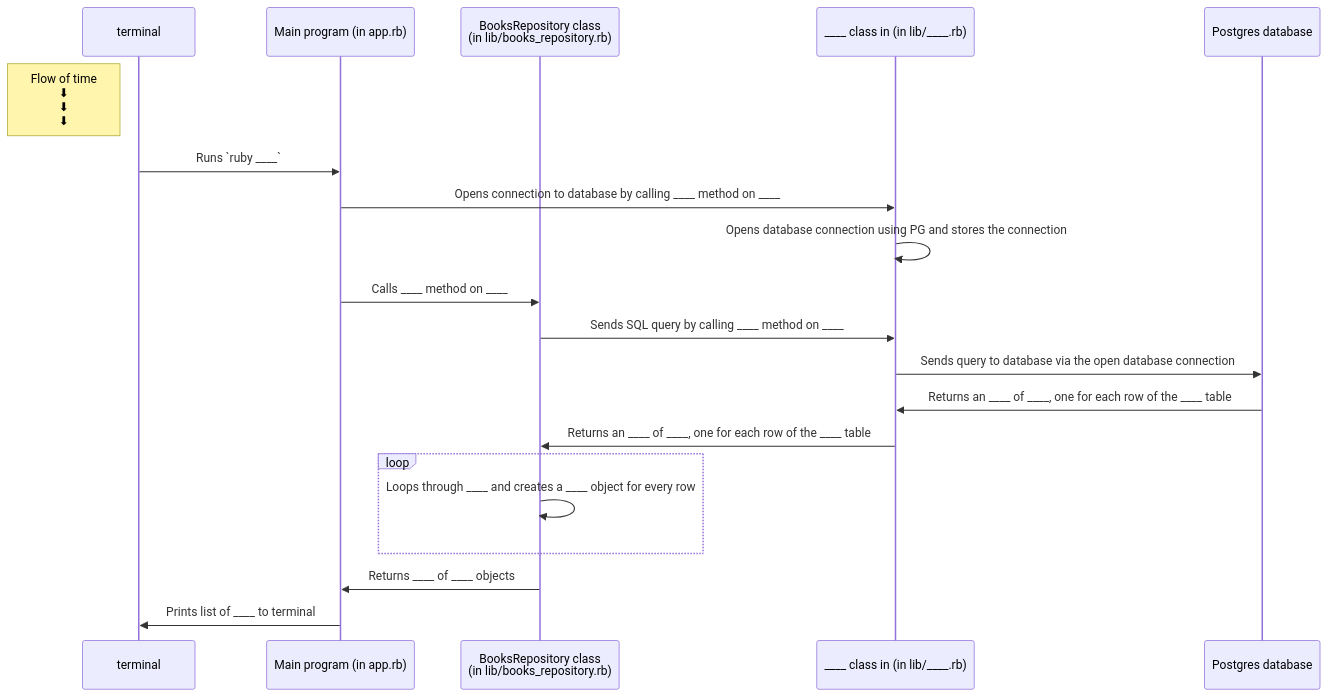
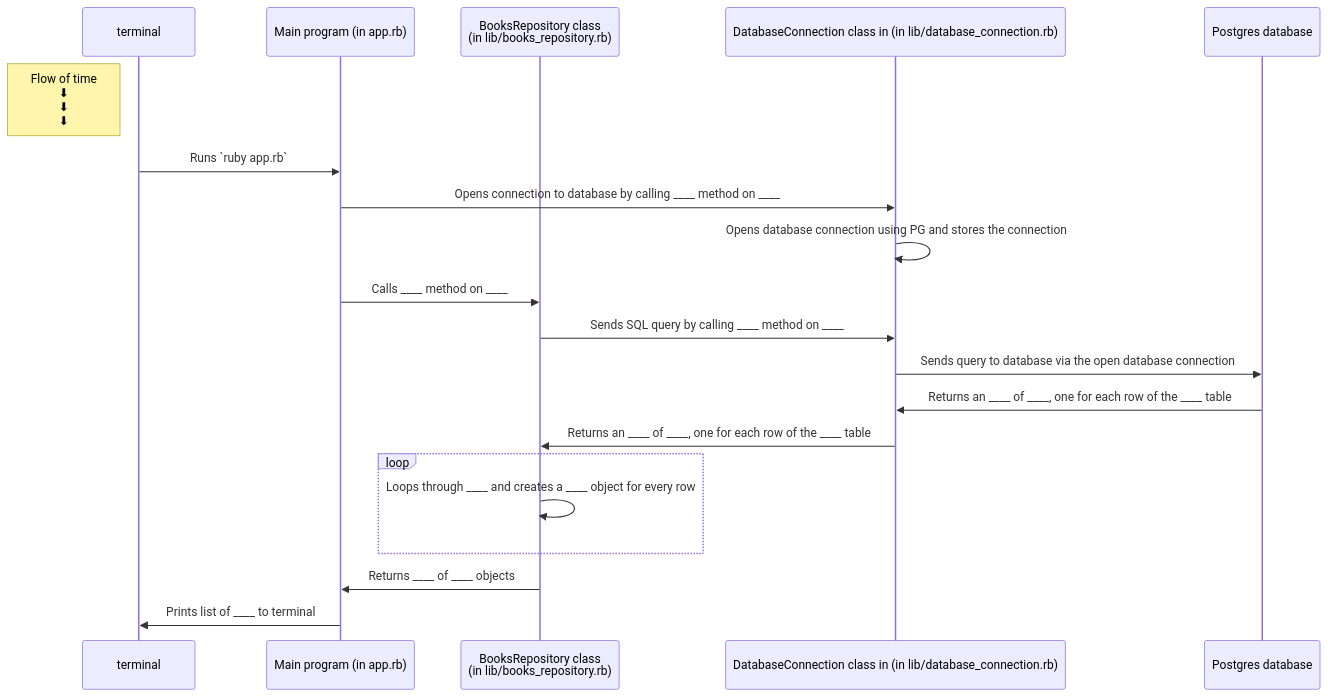
Before and after one commit to oanapintoiu/Project-PSQL: the diagram in diagrams/challege.md, drawn with Mermaid.

Commit message:
step 3 challenge work-in progress

````diff
--- a/diagrams/challege.md
+++ b/diagrams/challege.md
@@ -15,26 +15,26 @@
 ```mermaid
 sequenceDiagram
     participant t as terminal
     participant app as Main program (in app.rb)
     participant ar as BooksRepository class <br /> (in lib/books_repository.rb)
-    participant db_conn as ____ class in (in lib/____.rb)
+    participant db_conn as DatabaseConnection class in (in lib/database_connection.rb)
     participant db as Postgres database
 
     Note left of t: Flow of time <br />⬇ <br /> ⬇ <br /> ⬇ 
 
-    t->>app: Runs `ruby ____`
+    t->>app: Runs `ruby app.rb`
     app->>db_conn: Opens connection to database by calling ____ method on ____
     db_conn->>db_conn: Opens database connection using PG and stores the connection
     app->>ar: Calls ____ method on ____
     ar->>db_conn: Sends SQL query by calling ____ method on ____
     db_conn->>db: Sends query to database via the open database connection
     db->>db_conn: Returns an ____ of ____, one for each row of the ____ table
 
     db_conn->>ar: Returns an ____ of ____, one for each row of the ____ table
     loop 
         ar->>ar: Loops through ____ and creates a ____ object for every row
     end
     ar->>app: Returns ____ of ____ objects
     app->>t: Prints list of ____ to terminal
 
 ```
````
